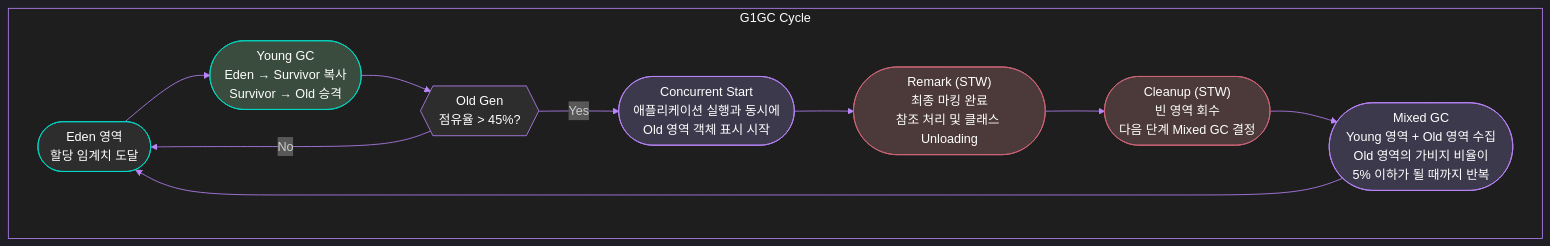
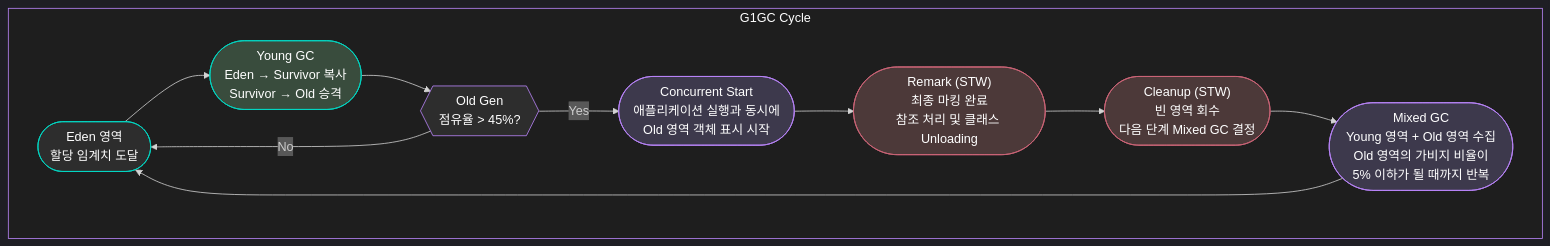
Before and after one commit to K-Diger/K-Diger.github.io: the second of 2 diagrams in _posts/2023-10-10-JVM-GC.md, drawn with Mermaid.

Commit message:
G1GC mermaid

````diff
--- a/_posts/2023-10-10-JVM-GC.md
+++ b/_posts/2023-10-10-JVM-GC.md
@@ -196,43 +196,33 @@
 ```mermaid
 %%{
  init: {
-   'theme': 'dark',
-   'themeVariables': {
-     'primaryColor': '#bb86fc',
-     'primaryTextColor': '#fff',
-     'primaryBorderColor': '#9965f4',
-     'lineColor': '#bb86fc',
-     'secondaryColor': '#03dac6',
-     'tertiaryColor': '#cf6679',
-     'mainBkg': '#1e1e1e',
-     'secondaryBkg': '#1e1e1e'
-   }
+   'theme': 'dark'
  }
 }%%
 graph TB
    subgraph G1GC["G1GC Cycle"]
        direction LR
        Start(["Eden 영역<br>할당 임계치 도달"]) -->
        Y1(["Young GC<br>Eden → Survivor 복사<br>Survivor → Old 승격"]) -->
        Y2{{"Old Gen<br>점유율 > 45%?"}}
        Y2 -->|Yes| CS(["Concurrent Start<br>애플리케이션 실행과 동시에<br>Old 영역 객체 표시 시작"])
        Y2 -->|No| Start
        CS --> RM(["Remark (STW)<br>최종 마킹 완료<br>참조 처리 및 클래스 Unloading"]) -->
        CL(["Cleanup (STW)<br>빈 영역 회수<br>다음 단계 Mixed GC 결정"]) -->
        MX(["Mixed GC<br>Young 영역 + Old 영역 수집<br>Old 영역의 가비지 비율이<br>5% 이하가 될 때까지 반복"]) --> Start
    end
 
    classDef trigger fill:#2d2d2d,stroke:#03dac6,color:#fff
    classDef youngPhase fill:#394c3d,stroke:#03dac6,color:#fff
    classDef decision fill:#2d2d2d,stroke:#bb86fc,color:#fff
    classDef stw fill:#4c3939,stroke:#cf6679,color:#fff
    classDef mixed fill:#3d394c,stroke:#bb86fc,color:#fff
 
    class Start trigger
    class Y1 youngPhase
    class Y2 decision
    class RM,CL stw
    class CS,MX mixed
 
    style G1GC fill:#1e1e1e,stroke:#bb86fc,color:#fff
 ```
````
